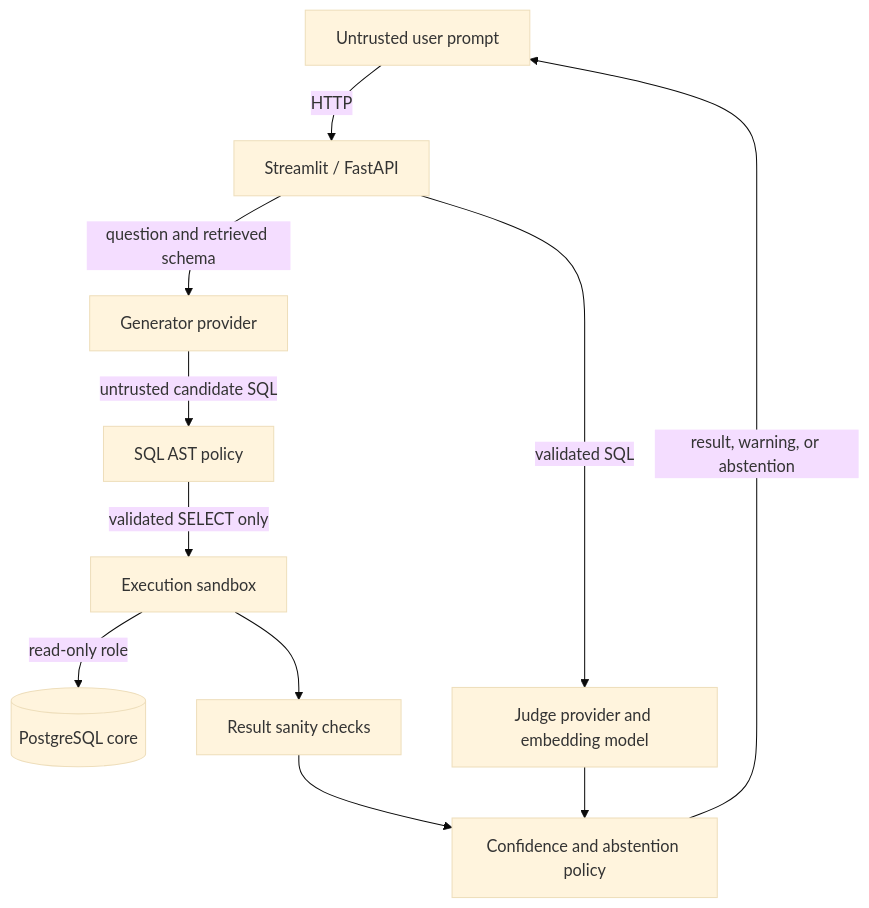
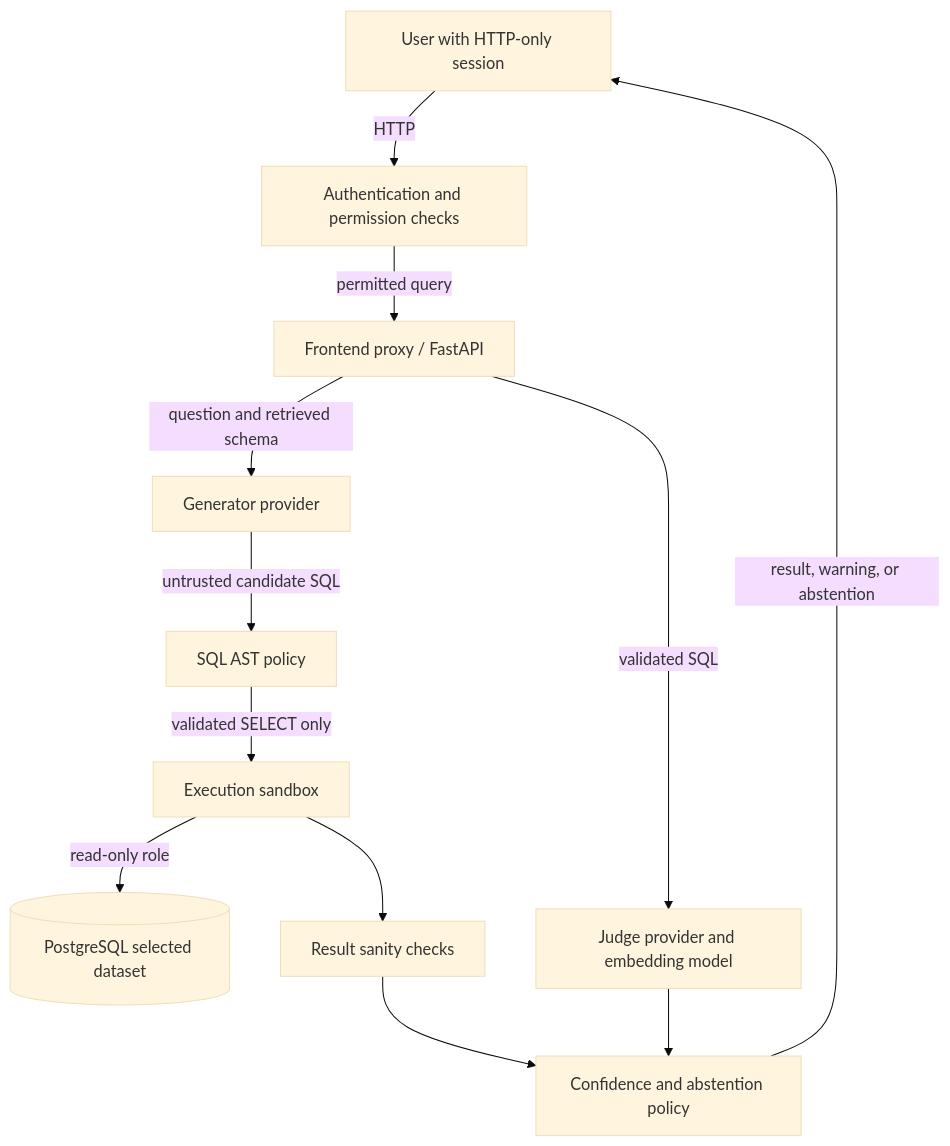
Before and after one commit to chaithanyabs441-ux/text2sql-with-guardrails: the diagram in docs/design.md, drawn with Mermaid (base theme). The commit also changed other lines of this file and 32 other files, not shown here.

````diff
--- a/docs/design.md
+++ b/docs/design.md
@@ -9,13 +9,14 @@
 ```mermaid
 flowchart TB
-    U[Untrusted user prompt] -->|HTTP| F[Streamlit / FastAPI]
+    U[User with HTTP-only session] -->|HTTP| A[Authentication and permission checks]
+    A -->|permitted query| F[Frontend proxy / FastAPI]
     F -->|question and retrieved schema| L[Generator provider]
     L -->|untrusted candidate SQL| P[SQL AST policy]
     P -->|validated SELECT only| X[Execution sandbox]
-    X -->|read-only role| D[(PostgreSQL core)]
+    X -->|read-only role| D[(PostgreSQL selected dataset)]
     F -->|validated SQL| J[Judge provider and embedding model]
     X --> R[Result sanity checks]
     J --> C[Confidence and abstention policy]
     R --> C
     C -->|result, warning, or abstention| U
 ```
````
